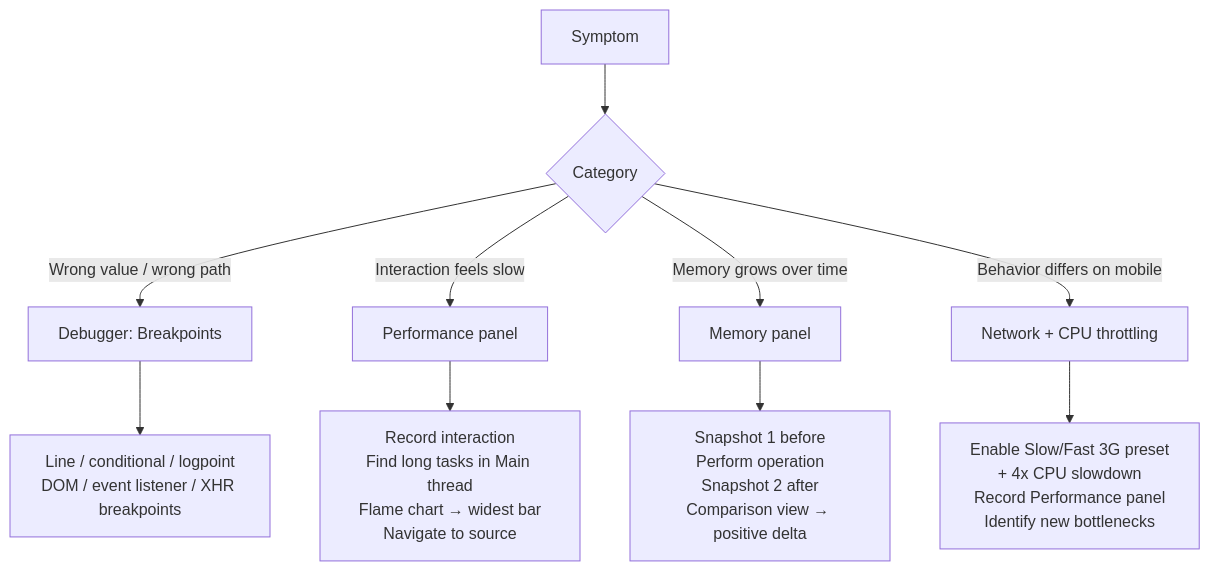
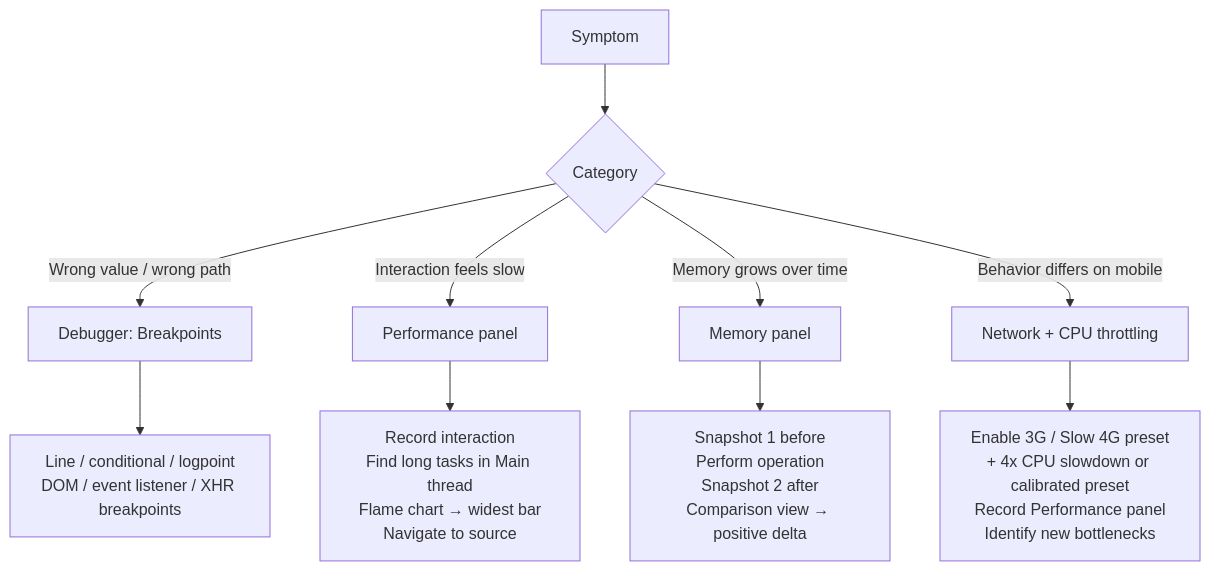
Before and after one commit to alivedise/frontend-engineering-essentials: the diagram in docs/en/Developer Experience and Tooling/1608.md, drawn with Mermaid. The commit also changed other lines of this file and 1 other file, not shown here.

````diff
--- a/docs/en/Developer Experience and Tooling/1608.md
+++ b/docs/en/Developer Experience and Tooling/1608.md
@@ -219,13 +26,13 @@
 ```mermaid
 flowchart TD
     A[Symptom] --> B{Category}
     B -->|Wrong value / wrong path| C[Debugger: Breakpoints]
     B -->|Interaction feels slow| D[Performance panel]
     B -->|Memory grows over time| E[Memory panel]
     B -->|Behavior differs on mobile| F[Network + CPU throttling]
 
     C --> C1[Line / conditional / logpoint\nDOM / event listener / XHR breakpoints]
     D --> D1[Record interaction\nFind long tasks in Main thread\nFlame chart → widest bar\nNavigate to source]
     E --> E1[Snapshot 1 before\nPerform operation\nSnapshot 2 after\nComparison view → positive delta]
-    F --> F1[Enable Slow/Fast 3G preset\n+ 4x CPU slowdown\nRecord Performance panel\nIdentify new bottlenecks]
+    F --> F1[Enable 3G / Slow 4G preset\n+ 4x CPU slowdown or calibrated preset\nRecord Performance panel\nIdentify new bottlenecks]
 ```
````
